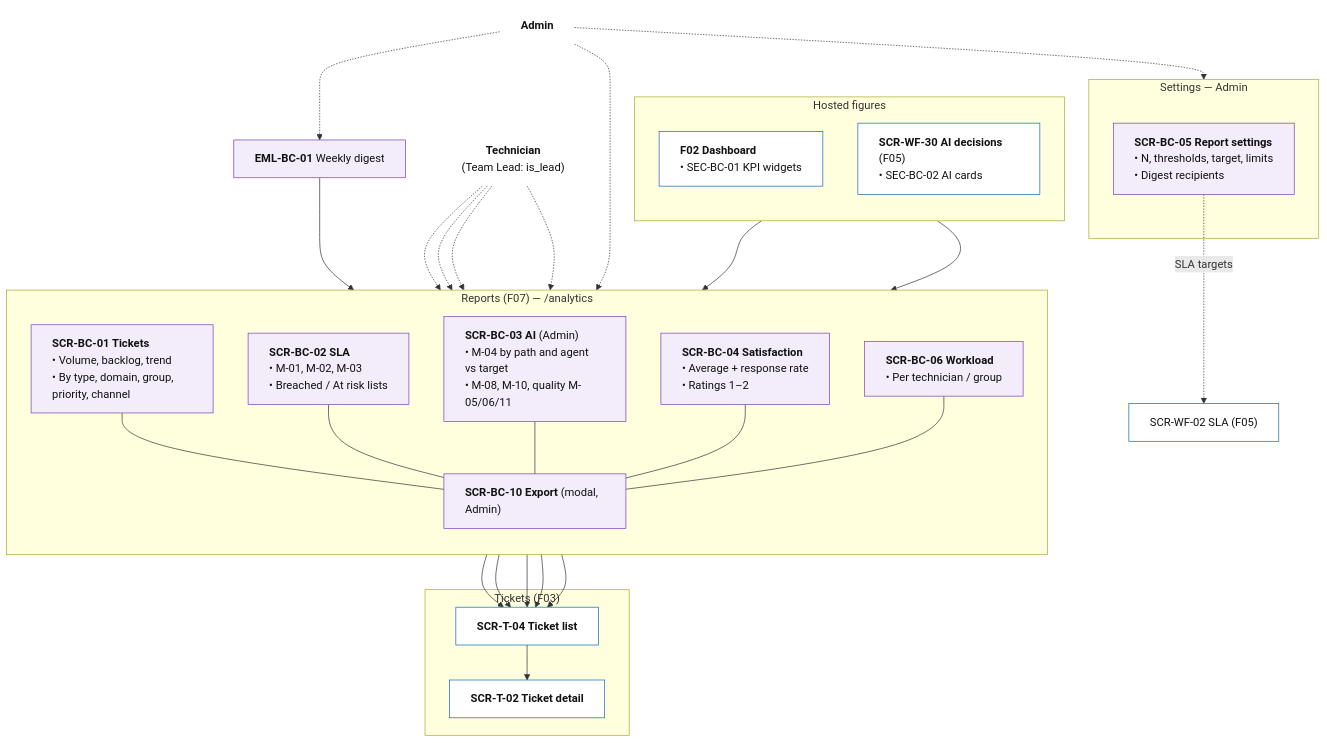
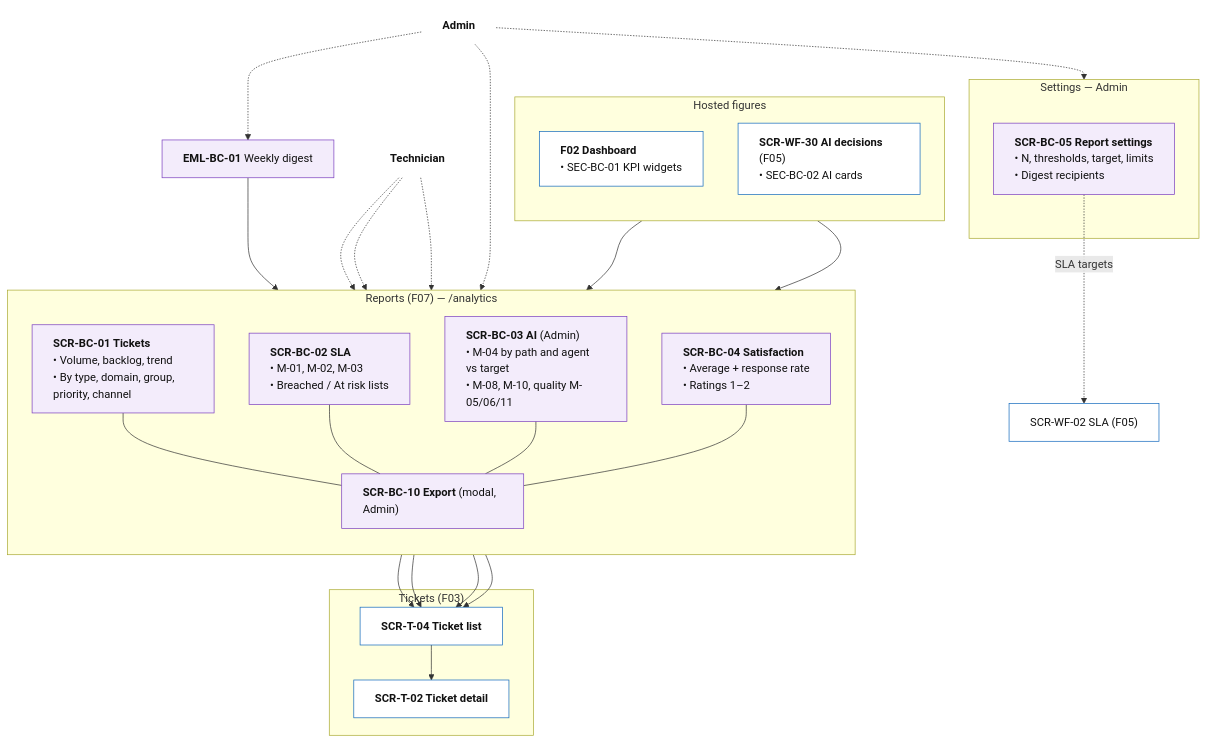
One commit to Akaza-ban/Fable changed the diagram in docs/f07-reports-analytics/information-architecture/README.md. Above: the diagram before and after it, drawn with Mermaid. The commit also changed other lines of this file and 14 other files, not shown here.

First line of the commit message:
docs(f07, f08): remove Team Lead, triage queue and team workload

````diff
--- a/docs/f07-reports-analytics/information-architecture/README.md
+++ b/docs/f07-reports-analytics/information-architecture/README.md
@@ -39,52 +39,51 @@
 ```mermaid
 flowchart TB
-    tech["<b>Technician</b><br/>(Team Lead: is_lead)"]
+    tech["<b>Technician</b>"]
     admin["<b>Admin</b>"]
 
     subgraph reports["Reports (F07) — /analytics"]
         direction TB
         r01["<b>SCR-BC-01 Tickets</b><br/>• Volume, backlog, trend<br/>• By type, domain, group, priority, channel"]
         r02["<b>SCR-BC-02 SLA</b><br/>• M-01, M-02, M-03<br/>• Breached / At risk lists"]
         r03["<b>SCR-BC-03 AI</b> (Admin)<br/>• M-04 by path and agent vs target<br/>• M-08, M-10, quality M-05/06/11"]
         r04["<b>SCR-BC-04 Satisfaction</b><br/>• Average + response rate<br/>• Ratings 1–2"]
-        r06["<b>SCR-BC-06 Workload</b><br/>• Per technician / group"]
         m10["<b>SCR-BC-10 Export</b> (modal, Admin)"]
     end
 
     subgraph settings["Settings — Admin"]
         r05["<b>SCR-BC-05 Report settings</b><br/>• N, thresholds, target, limits<br/>• Digest recipients"]
     end
 
     subgraph hosts["Hosted figures"]
         direction TB
         f02["<b>F02 Dashboard</b><br/>• SEC-BC-01 KPI widgets"]
         wf30["<b>SCR-WF-30 AI decisions</b> (F05)<br/>• SEC-BC-02 AI cards"]
     end
 
     subgraph tickets["Tickets (F03)"]
         t04["<b>SCR-T-04 Ticket list</b>"]
         t02["<b>SCR-T-02 Ticket detail</b>"]
     end
 
     eml["<b>EML-BC-01</b> Weekly digest"]
 
-    r01 & r02 & r03 & r04 & r06 --- m10
-    r01 & r02 & r03 & r04 & r06 --> t04
+    r01 & r02 & r03 & r04 --- m10
+    r01 & r02 & r03 & r04 --> t04
     t04 --> t02
     f02 --> r01
     wf30 --> r03
     eml --> r03
     r05 -. "SLA targets" .-> wf02["SCR-WF-02 SLA (F05)"]
 
-    tech -.-> r01 & r02 & r04 & r06
+    tech -.-> r01 & r02 & r04
     admin -.-> reports
     admin -.-> settings
     admin -.-> eml
 
     classDef actor fill:none,stroke:none,color:#111
     classDef host fill:#fff,color:#111,stroke:#1168bd,text-align:left
     classDef bc fill:#f3ecfb,color:#111,stroke:#7b3fbf,text-align:left
     class tech,admin actor
     class f02,wf30,t04,t02,wf02 host
-    class r01,r02,r03,r04,r05,r06,m10,eml bc
+    class r01,r02,r03,r04,r05,m10,eml bc
 ```
````
